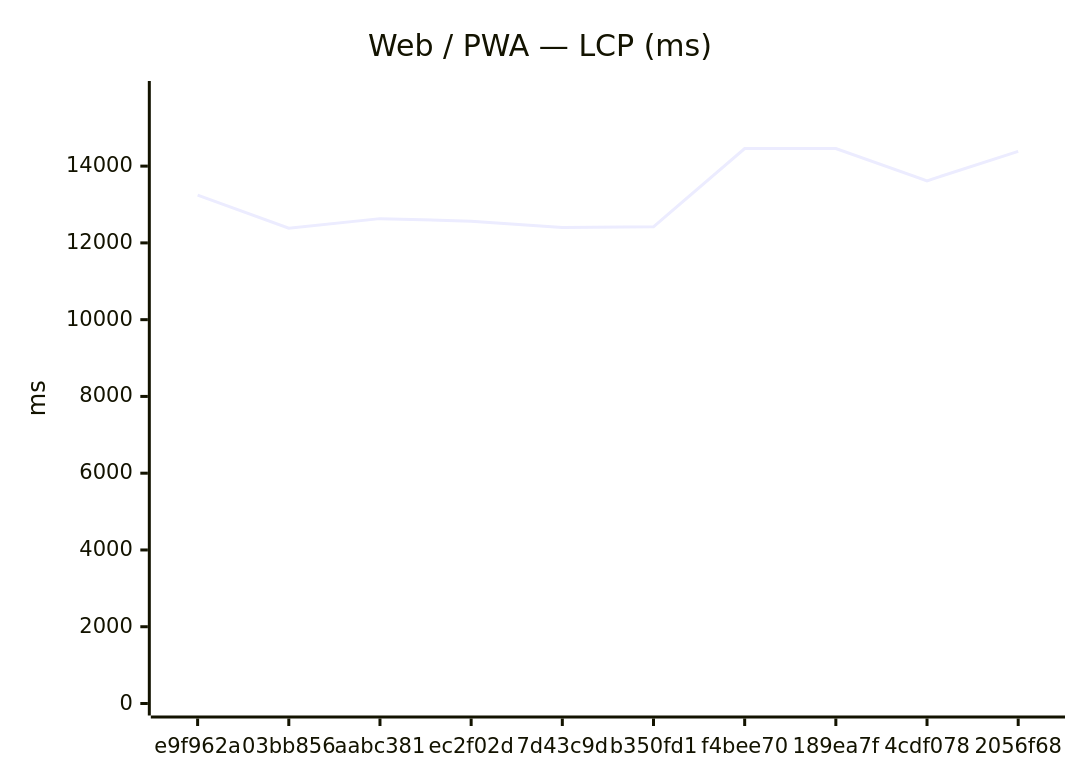
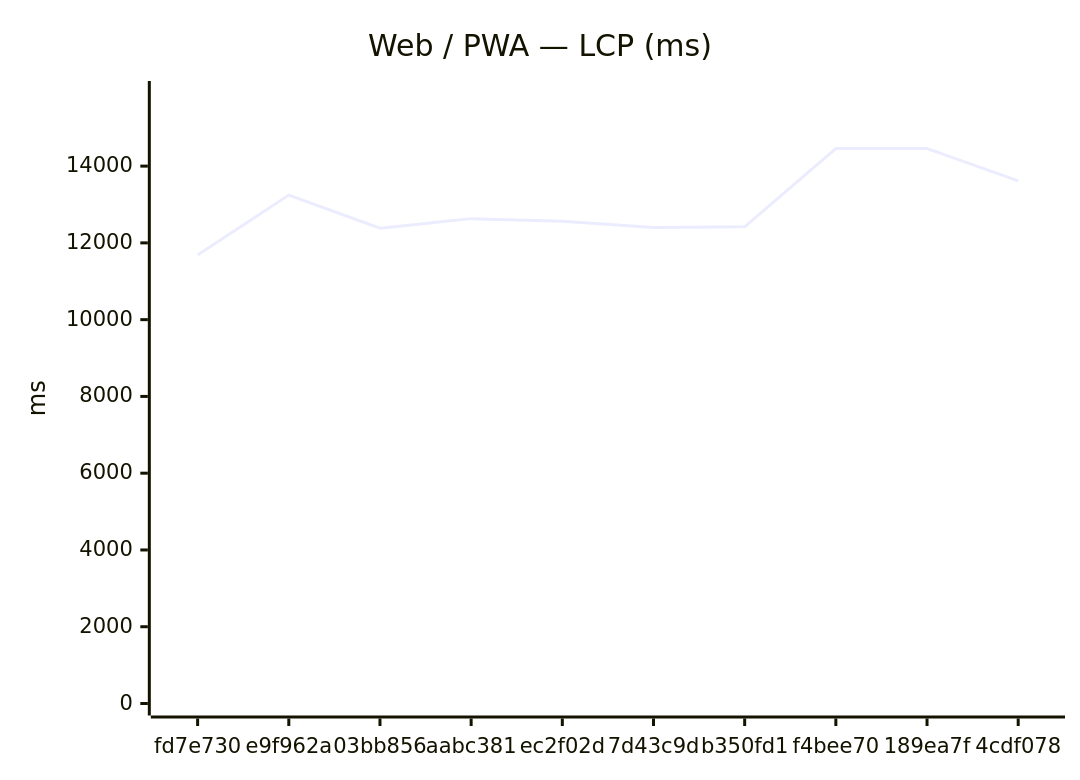
One commit to Metaheurist/Rianell changed the first of 18 diagrams in benchmarks/compare.md. Above: the diagram before and after it, drawn with Mermaid. The commit also changed other lines of this file and 11 other files, not shown here.

````diff
--- a/benchmarks/compare.md
+++ b/benchmarks/compare.md
@@ -24,7 +24,7 @@
 ```mermaid
 xychart-beta
     title "Web / PWA — LCP (ms)"
-    x-axis ["e9f962a", "03bb856", "aabc381", "ec2f02d", "7d43c9d", "b350fd1", "f4bee70", "189ea7f", "4cdf078", "2056f68"]
+    x-axis ["fd7e730", "e9f962a", "03bb856", "aabc381", "ec2f02d", "7d43c9d", "b350fd1", "f4bee70", "189ea7f", "4cdf078"]
     y-axis "ms" 0 --> 15905
-    line [13245, 12382, 12632, 12566, 12399, 12420, 14457, 14459, 13617, 14386]
+    line [11687, 13245, 12382, 12632, 12566, 12399, 12420, 14457, 14459, 13617]
 ```
````
